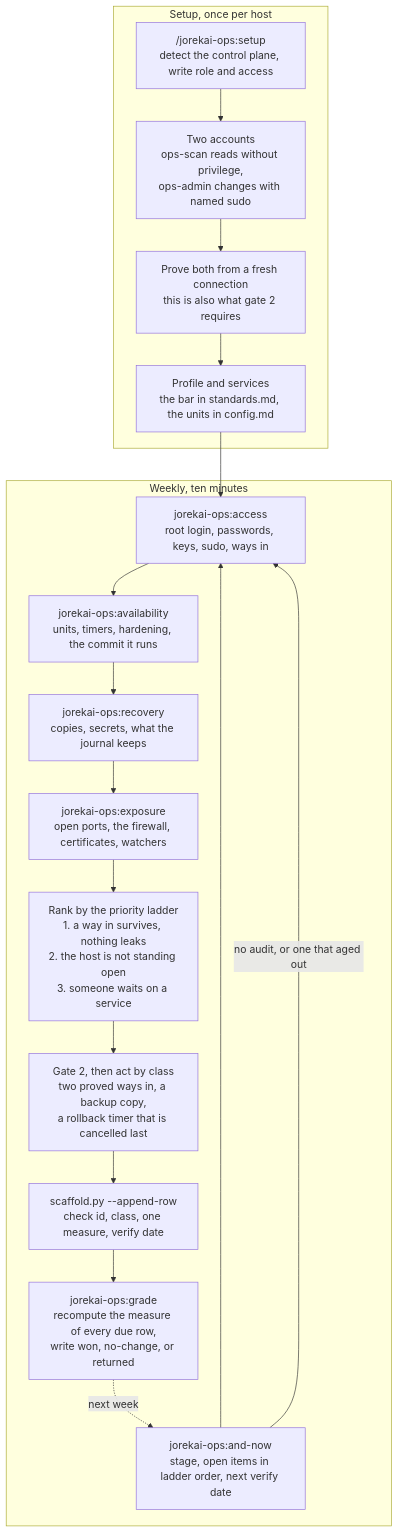
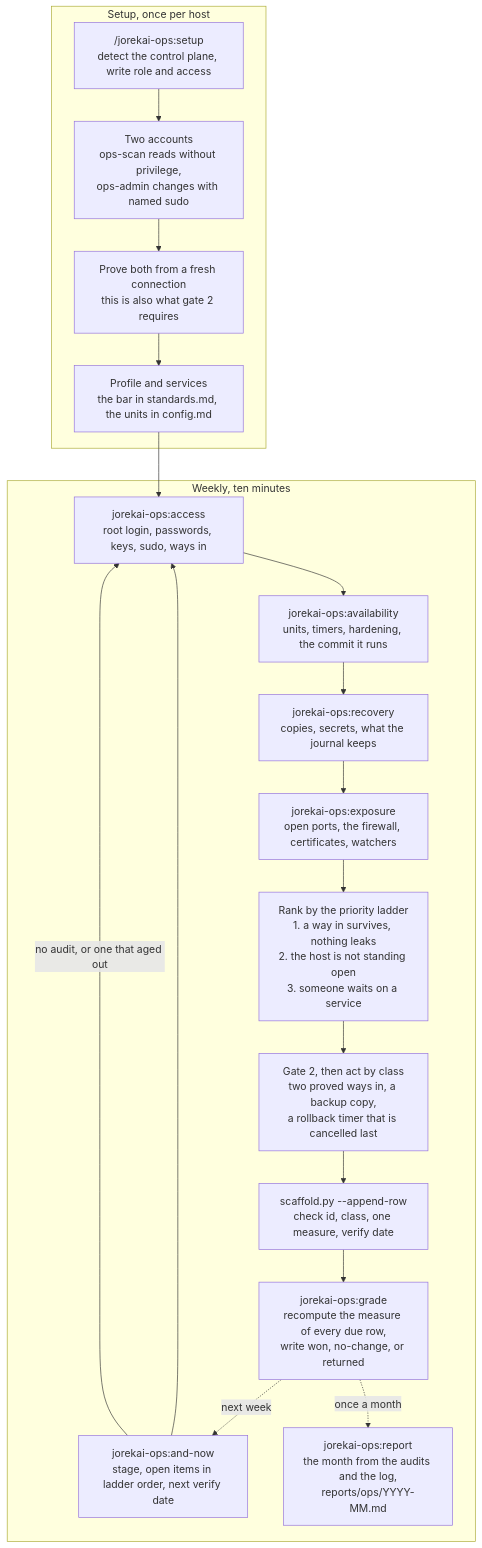
One commit to jorekai/skills changed the third of 3 diagrams in README.md. Above: the diagram before and after it, drawn with Mermaid. The commit also changed other lines of this file and 24 other files, not shown here.

````diff
--- a/README.md
+++ b/README.md
@@ -234,27 +238,29 @@
 ```mermaid
 flowchart TD
     subgraph E["Setup, once per host"]
         S1["/jorekai-ops:setup<br/>detect the control plane, write role and access"]
         S2["Two accounts<br/>ops-scan reads without privilege,<br/>ops-admin changes with named sudo"]
         S3["Prove both from a fresh connection<br/>this is also what gate 2 requires"]
         S4["Profile and services<br/>the bar in standards.md, the units in config.md"]
         S1 --> S2 --> S3 --> S4
     end
 
     subgraph W["Weekly, ten minutes"]
         W1["jorekai-ops:and-now<br/>stage, open items in ladder order, next verify date"]
         W2["jorekai-ops:access<br/>root login, passwords, keys, sudo, ways in"]
         W3["jorekai-ops:availability<br/>units, timers, hardening, the commit it runs"]
         W3b["jorekai-ops:recovery<br/>copies, secrets, what the journal keeps"]
         W3c["jorekai-ops:exposure<br/>open ports, the firewall, certificates, watchers"]
         W4["Rank by the priority ladder<br/>1. a way in survives, nothing leaks<br/>2. the host is not standing open<br/>3. someone waits on a service"]
         W5["Gate 2, then act by class<br/>two proved ways in, a backup copy,<br/>a rollback timer that is cancelled last"]
         W6["scaffold.py --append-row<br/>check id, class, one measure, verify date"]
         W7["jorekai-ops:grade<br/>recompute the measure of every due row,<br/>write won, no-change, or returned"]
+        W8["jorekai-ops:report<br/>the month from the audits and the log,<br/>reports/ops/YYYY-MM.md"]
         W1 --> W2 --> W3 --> W3b --> W3c --> W4 --> W5 --> W6 --> W7
         W7 -. "next week" .-> W1
+        W7 -. "once a month" .-> W8
     end
 
     S4 --> W2
     W1 -- "no audit, or one that aged out" --> W2
 ```
````
